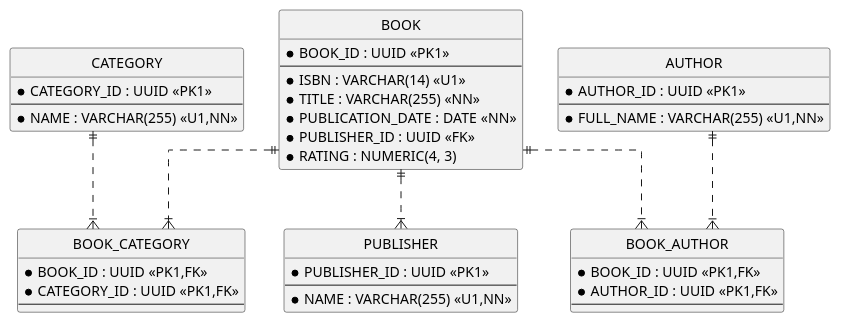
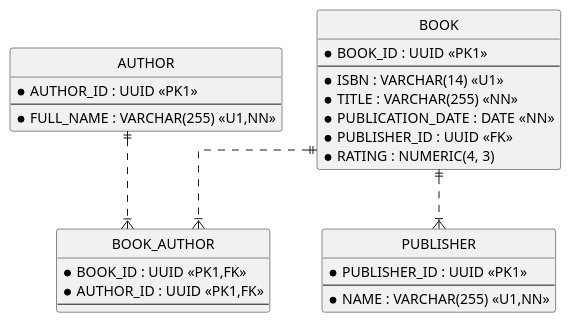
The diagram in img/tables.puml (eugene-khyst/postgresql-performance-essentials), drawn with PlantUML before and after one commit. The commit also changed 4 other files, not shown here.

```diff
--- a/img/tables.puml
+++ b/img/tables.puml
@@ -1,54 +1,40 @@
 @startuml
 
 hide circle
 
 skinparam linetype ortho
-
-entity "CATEGORY" as c {
-  *CATEGORY_ID : UUID <<PK1>>
-  --
-  *NAME : VARCHAR(255) <<U1,NN>>
-}
 
 entity "AUTHOR" as a {
   *AUTHOR_ID : UUID <<PK1>>
   --
   *FULL_NAME : VARCHAR(255) <<U1,NN>>
 }
 
 entity "PUBLISHER" as p {
   *PUBLISHER_ID : UUID <<PK1>>
   --
   *NAME : VARCHAR(255) <<U1,NN>>
 }
 
 entity "BOOK" as b {
   *BOOK_ID : UUID <<PK1>>
   --
   *ISBN : VARCHAR(14) <<U1>>
   *TITLE : VARCHAR(255) <<NN>>
   *PUBLICATION_DATE : DATE <<NN>>
   *PUBLISHER_ID : UUID <<FK>>
   *RATING : NUMERIC(4, 3)
 }
 
-entity "BOOK_CATEGORY" as bc {
-  *BOOK_ID : UUID <<PK1,FK>>
-  *CATEGORY_ID : UUID <<PK1,FK>>
-  --
-}
-
 entity "BOOK_AUTHOR" as ba {
   *BOOK_ID : UUID <<PK1,FK>>
   *AUTHOR_ID : UUID <<PK1,FK>>
   --
 }
 
-b ||..|{ bc
 b ||..|{ ba
 b ||..|{ p
 
-c ||..|{ bc
 a ||..|{ ba
 
 @enduml
```
